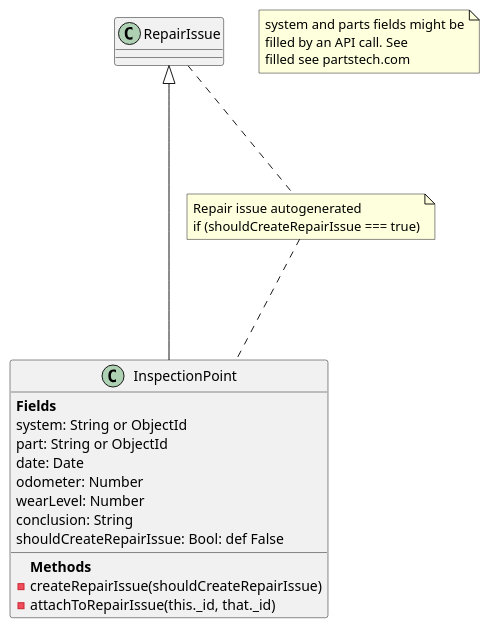
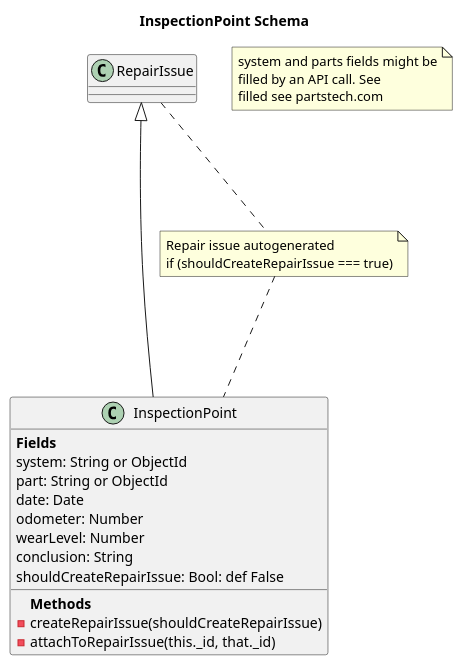
The diagram in src/app/odm/uml/inspectionPoint.puml (TwoFistedJustice/manifold), drawn with PlantUML before and after one commit. The commit also changed 6 other files, not shown here.

Commit message:
Added titles to schema diagrams

```diff
--- a/src/app/odm/uml/inspectionPoint.puml
+++ b/src/app/odm/uml/inspectionPoint.puml
@@ -1,26 +1,27 @@
 @startuml
-
-RepairIssue <|-- InspectionPoint
+title InspectionPoint Schema
 
 class InspectionPoint {
 {field}**Fields**
 system: String or ObjectId
 part: String or ObjectId
 date: Date
 odometer: Number
 wearLevel: Number
 conclusion: String
 shouldCreateRepairIssue: Bool: def False
 {method}**Methods**
 - createRepairIssue(shouldCreateRepairIssue)
 - attachToRepairIssue(this._id, that._id)
 }
 
 
 note "Repair issue autogenerated\nif (shouldCreateRepairIssue === true)" as N1
 N1...InspectionPoint
 RepairIssue...N1
 
 
 note "system and parts fields might be\nfilled by an API call. See\nfilled see partstech.com" as N3
+
+RepairIssue <|-- InspectionPoint
 @enduml
```
